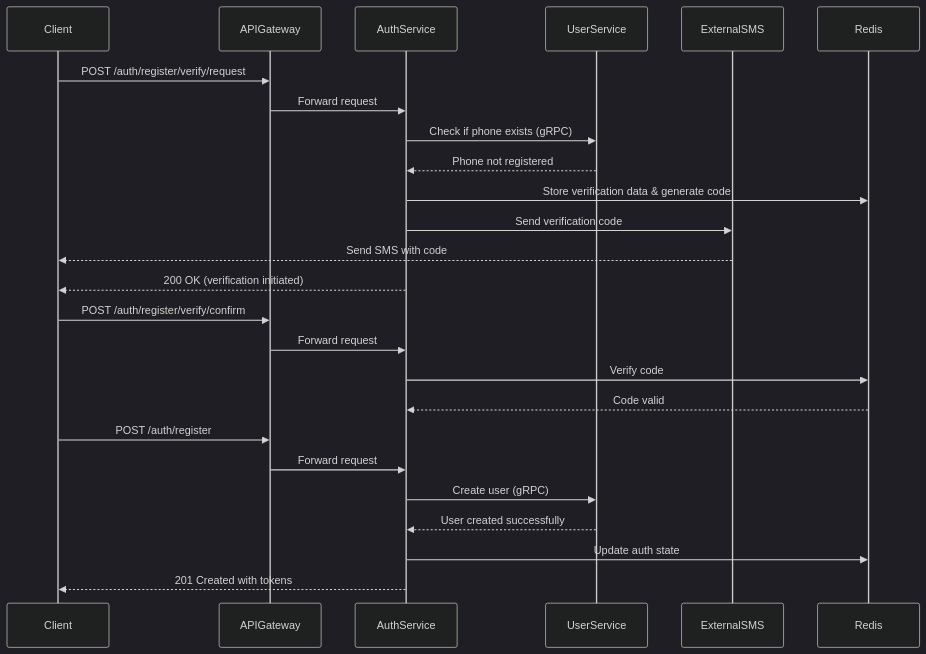
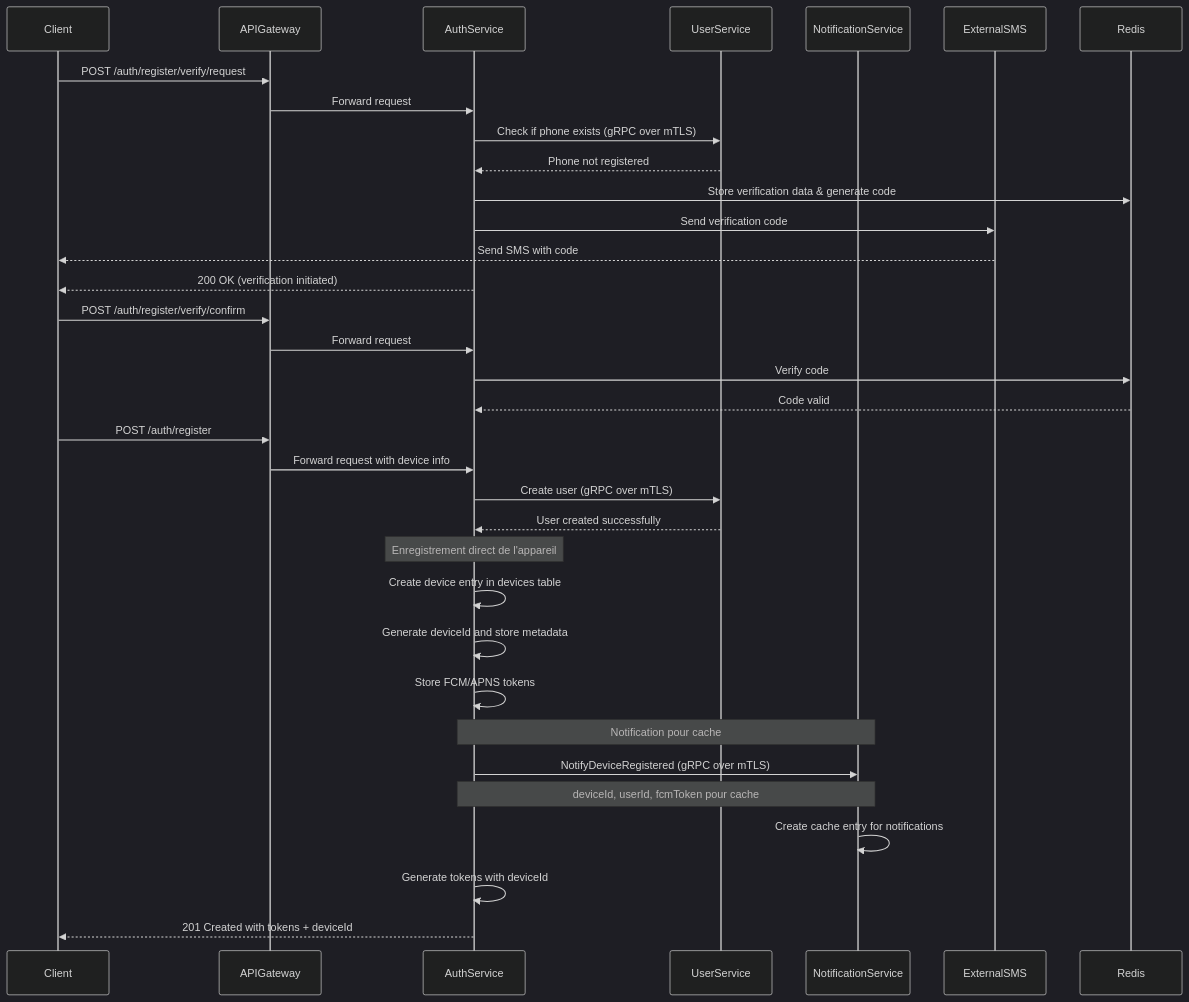
Before and after one commit to whispr-messenger/auth-service: the second of 4 diagrams in documentation/2_fonctional_specs/1_authentication.md, drawn with Mermaid (dark theme). The commit also changed other lines of this file and 4 other files, not shown here.

Commit message:
📝 Update devices data managed by auth service

````diff
--- a/documentation/2_fonctional_specs/1_authentication.md
+++ b/documentation/2_fonctional_specs/1_authentication.md
@@ -26,30 +95,42 @@
 ```mermaid
 sequenceDiagram
     participant Client
     participant APIGateway
     participant AuthService
     participant UserService
+    participant NotificationService
     participant ExternalSMS
     participant Redis
     
     Client->>APIGateway: POST /auth/register/verify/request 
     APIGateway->>AuthService: Forward request
-    AuthService->>UserService: Check if phone exists (gRPC)
+    AuthService->>UserService: Check if phone exists (gRPC over mTLS)
     UserService-->>AuthService: Phone not registered
     AuthService->>Redis: Store verification data & generate code
     AuthService->>ExternalSMS: Send verification code
     ExternalSMS-->>Client: Send SMS with code
     AuthService-->>Client: 200 OK (verification initiated)
     
     Client->>APIGateway: POST /auth/register/verify/confirm
     APIGateway->>AuthService: Forward request
     AuthService->>Redis: Verify code
     Redis-->>AuthService: Code valid
     
     Client->>APIGateway: POST /auth/register
-    APIGateway->>AuthService: Forward request
-    AuthService->>UserService: Create user (gRPC)
+    APIGateway->>AuthService: Forward request with device info
+    AuthService->>UserService: Create user (gRPC over mTLS)
     UserService-->>AuthService: User created successfully
-    AuthService->>Redis: Update auth state
-    AuthService-->>Client: 201 Created with tokens
+    
+    Note over AuthService: Enregistrement direct de l'appareil
+    AuthService->>AuthService: Create device entry in devices table
+    AuthService->>AuthService: Generate deviceId and store metadata
+    AuthService->>AuthService: Store FCM/APNS tokens
+    
+    Note over AuthService,NotificationService: Notification pour cache
+    AuthService->>NotificationService: NotifyDeviceRegistered (gRPC over mTLS)
+    Note over AuthService,NotificationService: deviceId, userId, fcmToken pour cache
+    NotificationService->>NotificationService: Create cache entry for notifications
+    
+    AuthService->>AuthService: Generate tokens with deviceId
+    AuthService-->>Client: 201 Created with tokens + deviceId
 ```
````
